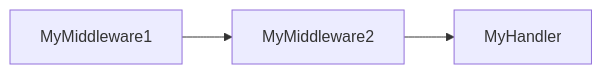
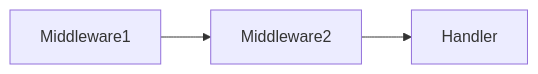
Before and after one commit to eloylp/goomerang: the third of 5 diagrams in README.md, drawn with Mermaid. The commit also changed other lines of this file, not shown here.

````diff
--- a/README.md
+++ b/README.md
@@ -276,5 +276,5 @@
 ```mermaid
 graph LR;
-MyMiddleware1-->MyMiddleware2;
-MyMiddleware2-->MyHandler;
+Middleware1-->Middleware2;
+Middleware2-->Handler;
 ```
````
